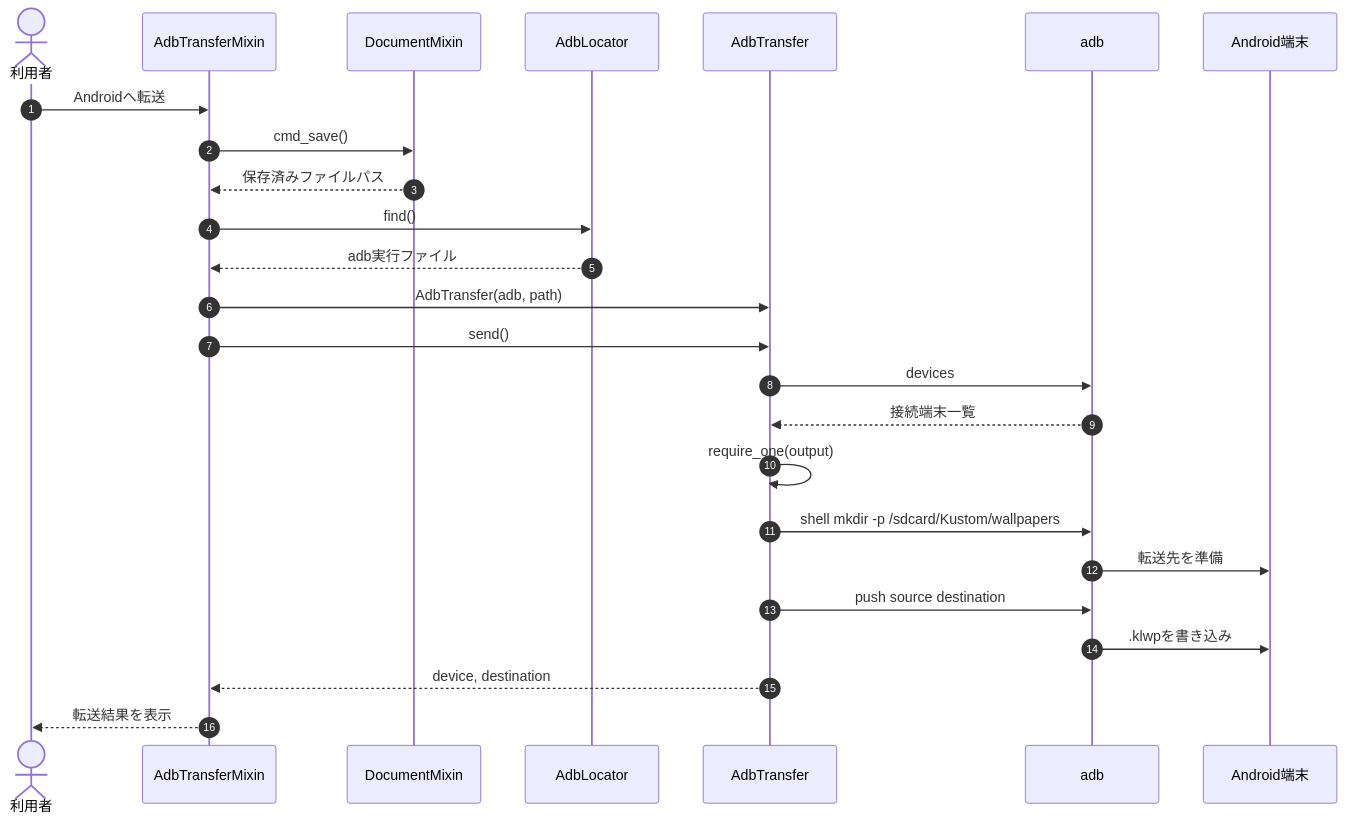
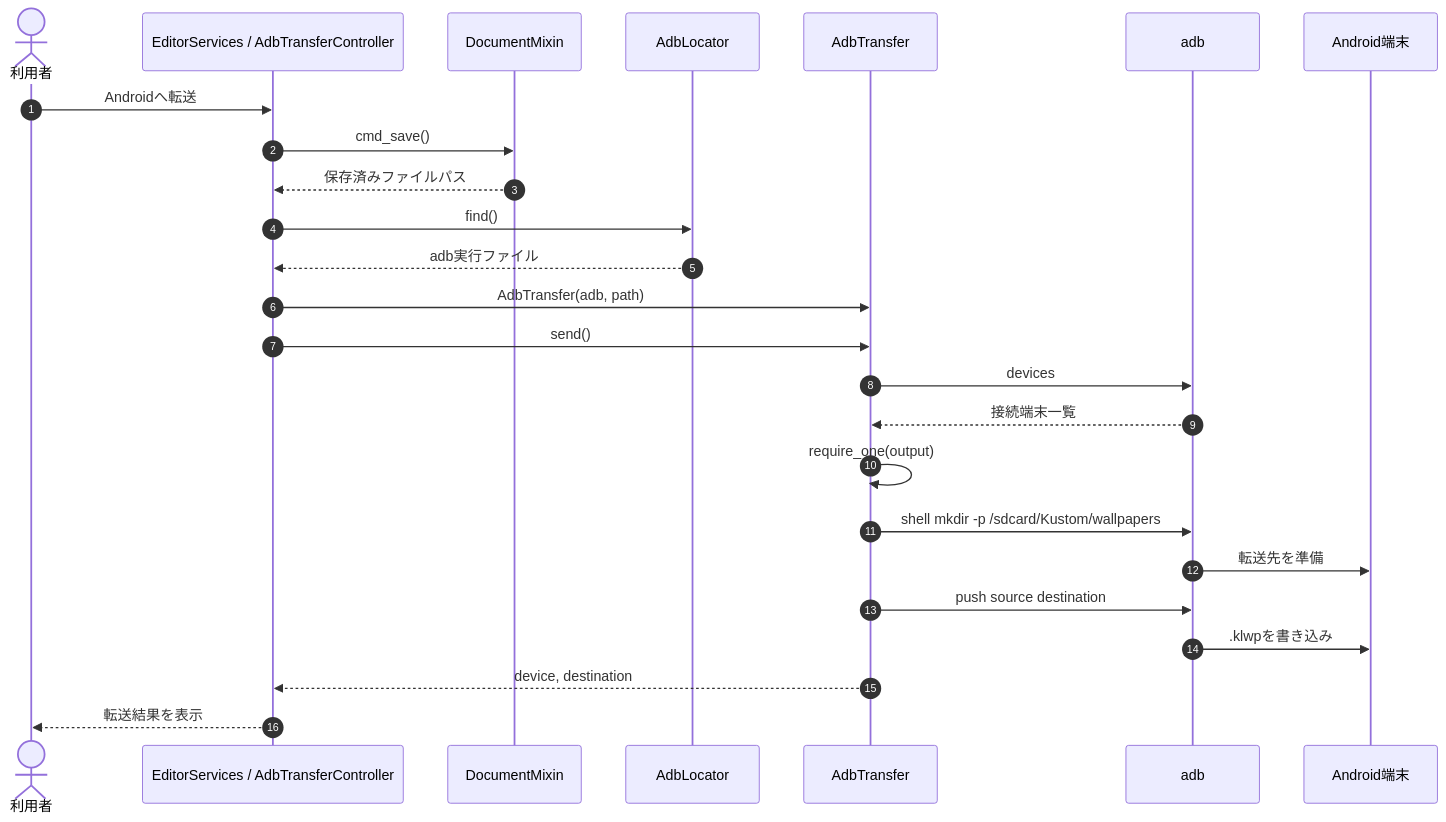
One commit to k014c1287/klwp_pc_editor changed diagram 13 of 25 in doc/KLWPエディタ_設計仕様.md. Above: the diagram before and after it, drawn with Mermaid. The commit also changed other lines of this file and 60 other files, not shown here.

````diff
--- a/doc/KLWPエディタ_設計仕様.md
+++ b/doc/KLWPエディタ_設計仕様.md
@@ -1098,28 +1126,28 @@
 ```mermaid
 sequenceDiagram
     autonumber
     actor User as 利用者
-    participant Editor as AdbTransferMixin
+    participant Editor as EditorServices / AdbTransferController
     participant Document as DocumentMixin
     participant Locator as AdbLocator
     participant Transfer as AdbTransfer
     participant Adb as adb
     participant Android as Android端末
 
     User->>Editor: Androidへ転送
     Editor->>Document: cmd_save()
     Document-->>Editor: 保存済みファイルパス
     Editor->>Locator: find()
     Locator-->>Editor: adb実行ファイル
     Editor->>Transfer: AdbTransfer(adb, path)
     Editor->>Transfer: send()
     Transfer->>Adb: devices
     Adb-->>Transfer: 接続端末一覧
     Transfer->>Transfer: require_one(output)
     Transfer->>Adb: shell mkdir -p /sdcard/Kustom/wallpapers
     Adb->>Android: 転送先を準備
     Transfer->>Adb: push source destination
     Adb->>Android: .klwpを書き込み
     Transfer-->>Editor: device, destination
     Editor-->>User: 転送結果を表示
 ```
````
